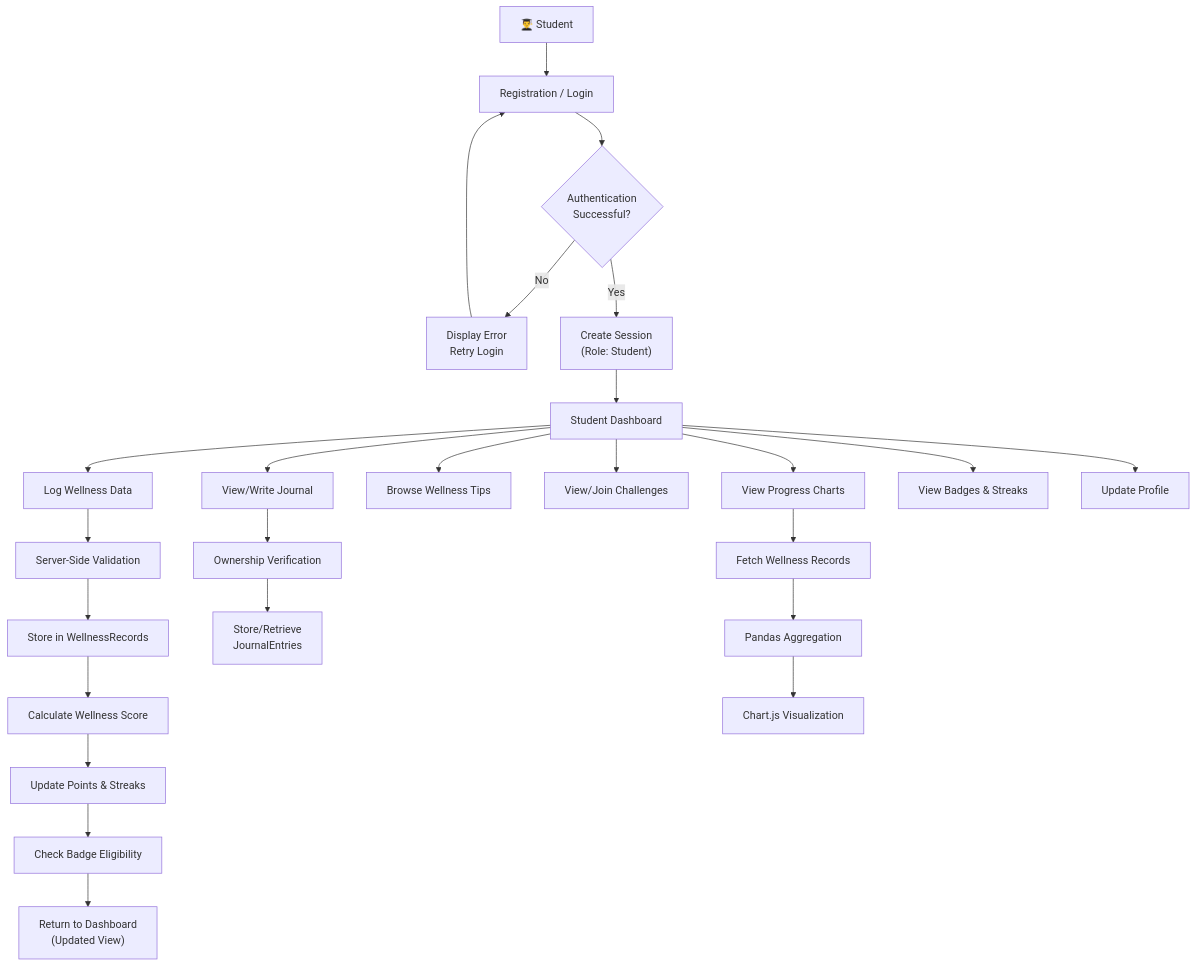
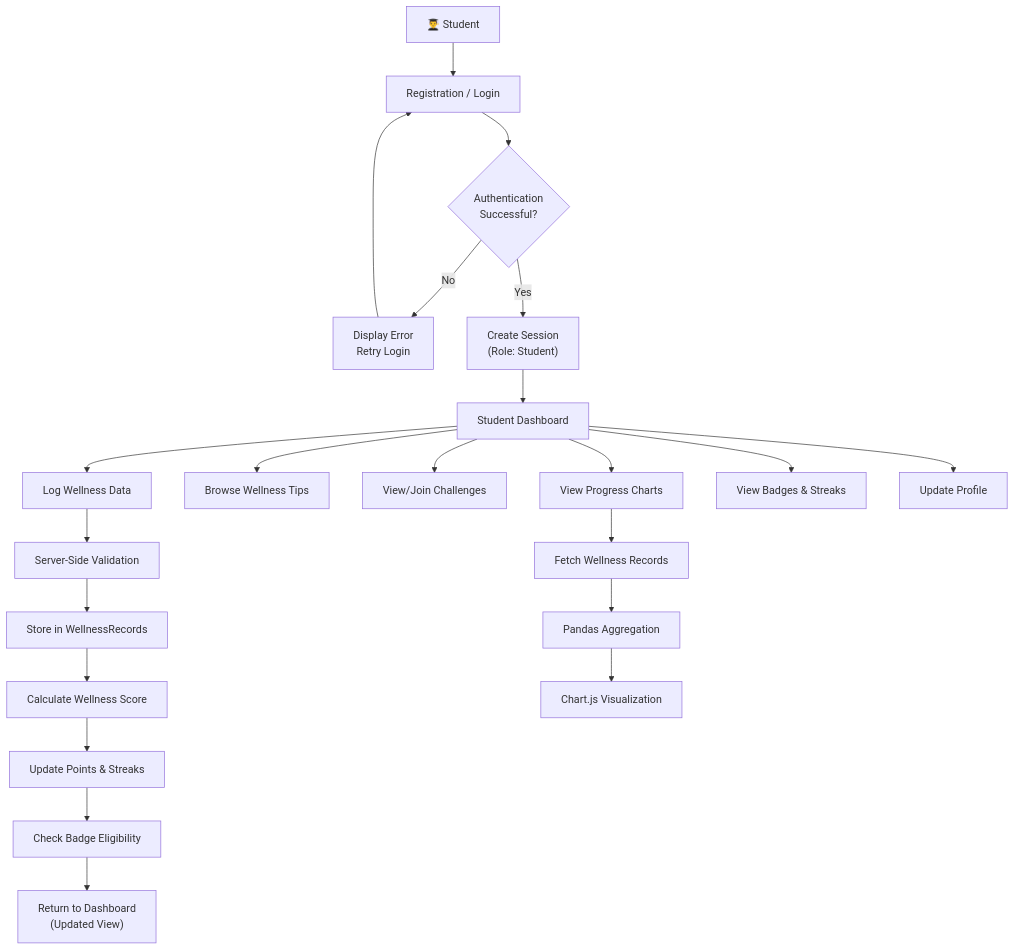
Before and after one commit to goxxie08/Wellvia: the fourth of 21 diagrams in ARCHITECTURE.md, drawn with Mermaid. The commit also changed other lines of this file and 2 other files, not shown here.

Commit message:
docs: remove journal feature references

````diff
--- a/ARCHITECTURE.md
+++ b/ARCHITECTURE.md
@@ -497,31 +470,27 @@
 ```mermaid
 flowchart TD
     A["👨‍🎓 Student"] --> B["Registration / Login"]
     B --> C{"Authentication<br/>Successful?"}
     C -->|"No"| D["Display Error<br/>Retry Login"]
     D --> B
     C -->|"Yes"| E["Create Session<br/>(Role: Student)"]
     E --> F["Student Dashboard"]
 
     F --> G["Log Wellness Data"]
-    F --> H["View/Write Journal"]
     F --> I["Browse Wellness Tips"]
     F --> J["View/Join Challenges"]
     F --> K["View Progress Charts"]
     F --> L["View Badges & Streaks"]
     F --> M["Update Profile"]
 
     G --> N["Server-Side Validation"]
     N --> O["Store in WellnessRecords"]
     O --> P["Calculate Wellness Score"]
     P --> Q["Update Points & Streaks"]
     Q --> R["Check Badge Eligibility"]
     R --> S["Return to Dashboard<br/>(Updated View)"]
 
-    H --> T["Ownership Verification"]
-    T --> U["Store/Retrieve<br/>JournalEntries"]
-
     K --> V["Fetch Wellness Records"]
     V --> W["Pandas Aggregation"]
     W --> X["Chart.js Visualization"]
 ```
````
